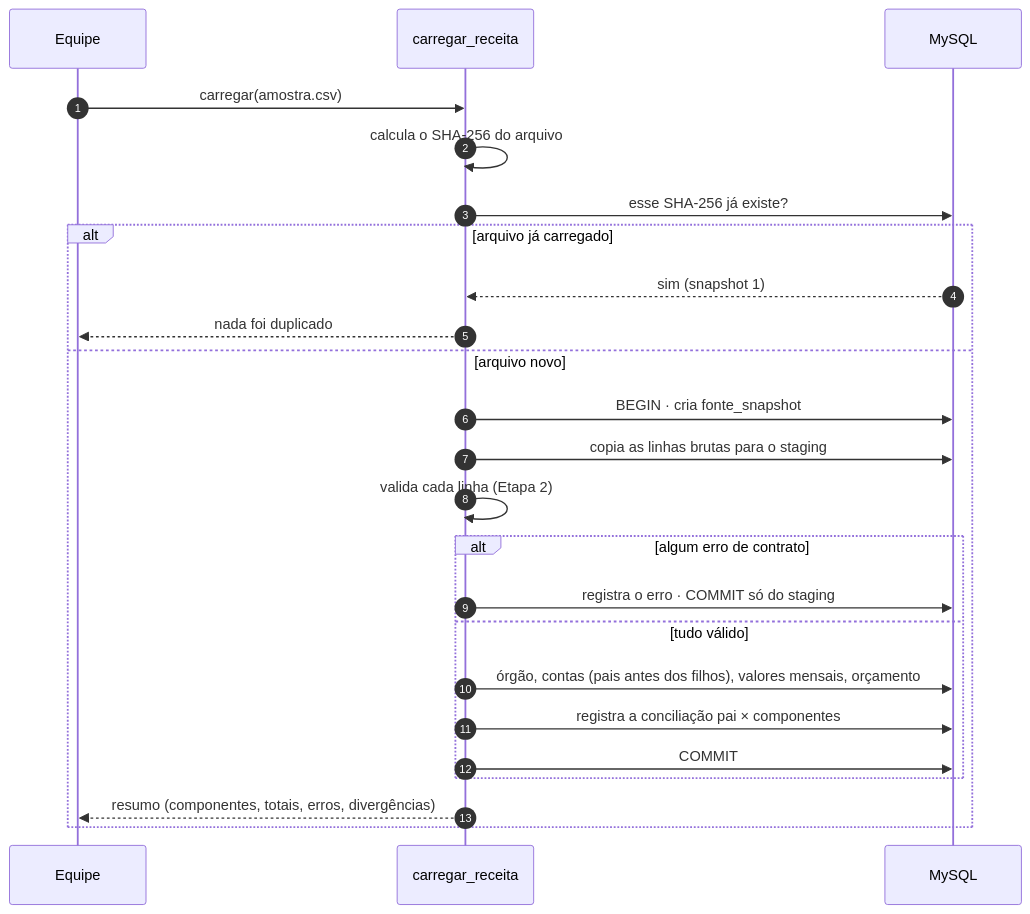
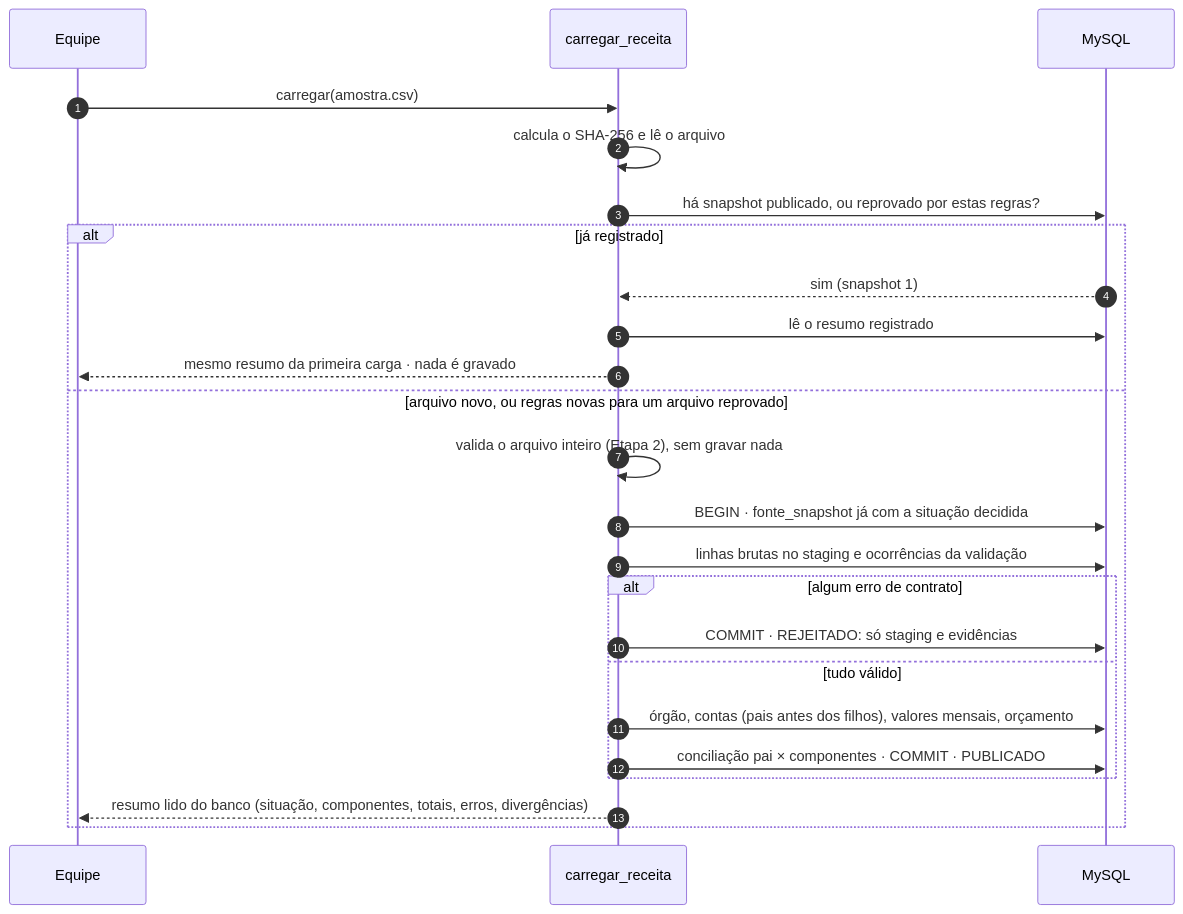
The fifth of 13 diagrams in docs/COMO_O_SISTEMA_FUNCIONA.md (guilhermercmoraes-tech/PI2_Sprint2-Grupo-1-UFT), drawn with Mermaid before and after one commit. The commit also changed other lines of this file and 23 other files, not shown here.

````diff
--- a/docs/COMO_O_SISTEMA_FUNCIONA.md
+++ b/docs/COMO_O_SISTEMA_FUNCIONA.md
@@ -130,27 +135,27 @@
 ```mermaid
 sequenceDiagram
     autonumber
     participant U as Equipe
     participant C as carregar_receita
     participant B as MySQL
 
     U->>C: carregar(amostra.csv)
-    C->>C: calcula o SHA-256 do arquivo
-    C->>B: esse SHA-256 já existe?
-    alt arquivo já carregado
+    C->>C: calcula o SHA-256 e lê o arquivo
+    C->>B: há snapshot publicado, ou reprovado por estas regras?
+    alt já registrado
         B-->>C: sim (snapshot 1)
-        C-->>U: nada foi duplicado
-    else arquivo novo
-        C->>B: BEGIN · cria fonte_snapshot
-        C->>B: copia as linhas brutas para o staging
-        C->>C: valida cada linha (Etapa 2)
+        C->>B: lê o resumo registrado
+        C-->>U: mesmo resumo da primeira carga · nada é gravado
+    else arquivo novo, ou regras novas para um arquivo reprovado
+        C->>C: valida o arquivo inteiro (Etapa 2), sem gravar nada
+        C->>B: BEGIN · fonte_snapshot já com a situação decidida
+        C->>B: linhas brutas no staging e ocorrências da validação
         alt algum erro de contrato
-            C->>B: registra o erro · COMMIT só do staging
+            C->>B: COMMIT · REJEITADO: só staging e evidências
         else tudo válido
             C->>B: órgão, contas (pais antes dos filhos), valores mensais, orçamento
-            C->>B: registra a conciliação pai × componentes
-            C->>B: COMMIT
+            C->>B: conciliação pai × componentes · COMMIT · PUBLICADO
         end
-        C-->>U: resumo (componentes, totais, erros, divergências)
+        C-->>U: resumo lido do banco (situação, componentes, totais, erros, divergências)
     end
 ```
````
